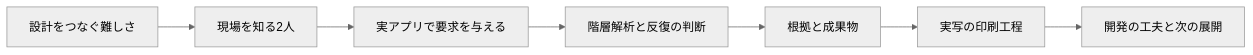
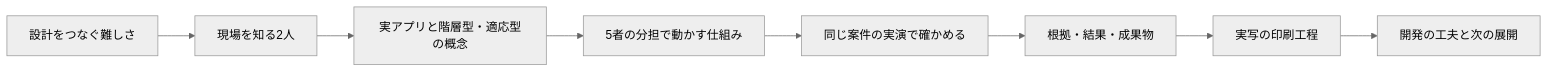
One commit to masatoshibukawa/RocketCreater changed the diagram in AIvideo/product-demo/structure.md. Above: the diagram before and after it, drawn with Mermaid (neutral theme). The commit also changed other lines of this file and 10 other files, not shown here.

````diff
--- a/AIvideo/product-demo/structure.md
+++ b/AIvideo/product-demo/structure.md
@@ -13,9 +13,10 @@
 ```mermaid
 flowchart LR
   A[設計をつなぐ難しさ] --> B[現場を知る2人]
-  B --> C[実アプリで要求を与える]
-  C --> D[階層解析と反復の判断]
-  D --> E[根拠と成果物]
-  E --> F[実写の印刷工程]
-  F --> G[開発の工夫と次の展開]
+  B --> C[実アプリと階層型・適応型の概念]
+  C --> D[5者の分担で動かす仕組み]
+  D --> E[同じ案件の実演で確かめる]
+  E --> F[根拠・結果・成果物]
+  F --> G[実写の印刷工程]
+  G --> H[開発の工夫と次の展開]
 ```
````
